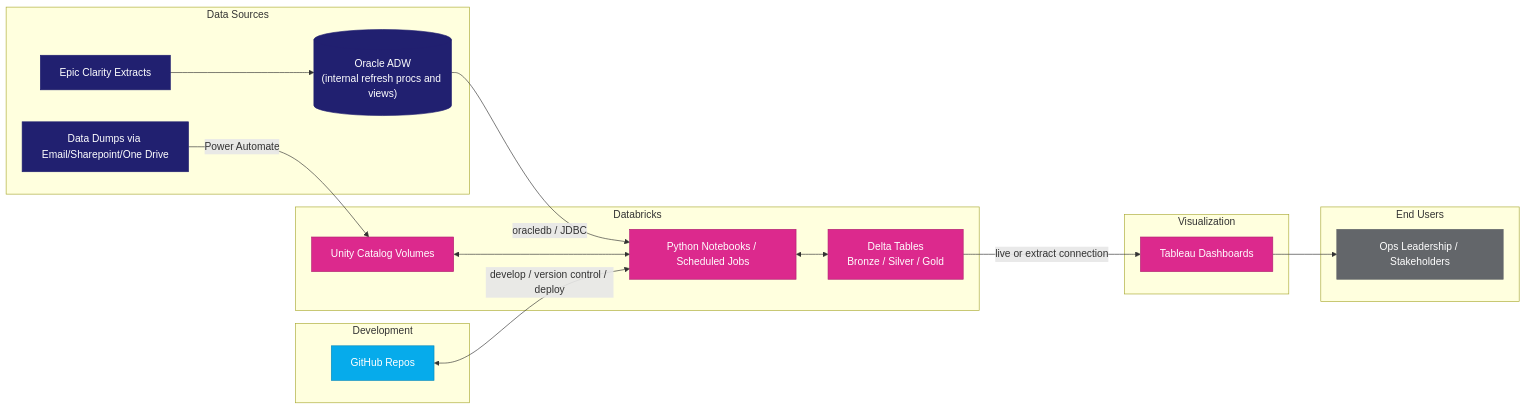
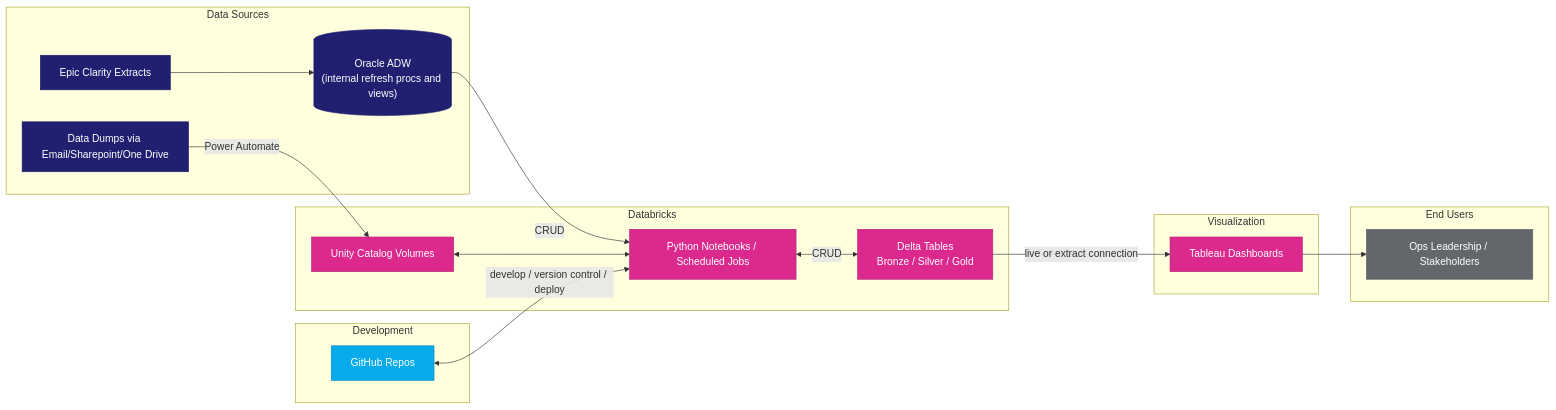
One commit to MSHS-OAO/Databricks-Tableau-User-Guide changed the second of 2 diagrams in Databricks/README.md. Above: the diagram before and after it, drawn with Mermaid.

````diff
--- a/Databricks/README.md
+++ b/Databricks/README.md
@@ -51,41 +51,41 @@
 ```mermaid
 flowchart LR
     subgraph Sources["Data Sources"]
         EPIC[Epic Clarity Extracts]
         ORA[("Oracle ADW<br>(internal refresh procs and views)")]
         EMAIL[Data Dumps via Email/Sharepoint/One Drive]
     end
     subgraph DBX["Databricks"]
         VOL[Unity Catalog Volumes]
         DLT[Delta Tables<br>Bronze / Silver / Gold]
         JOBS[Python Notebooks / Scheduled Jobs]
     end
     subgraph DevOps["Development"]
         GH[GitHub Repos]
     end
     subgraph Viz["Visualization"]
         TAB[Tableau Dashboards]
     end
     subgraph Users["End Users"]
         USR[Ops Leadership / Stakeholders]
     end
 
     EPIC --> ORA
     EMAIL -->|Power Automate| VOL
-    ORA -->|oracledb / JDBC| JOBS
+    ORA -->|CRUD| JOBS
     VOL <--> JOBS
-    JOBS <--> DLT
+    JOBS <-->|CRUD| DLT
     GH <-->|develop / version control / deploy| JOBS
     DLT -->|live or extract connection| TAB
     TAB --> USR
 
     classDef navy fill:#212070,stroke:#212070,color:#ffffff
     classDef cyan fill:#06ABEB,stroke:#0689BC,color:#ffffff
     classDef magenta fill:#DC298D,stroke:#B02171,color:#ffffff
     classDef gray fill:#63666A,stroke:#63666A,color:#ffffff
     class EPIC,ORA,EMAIL,PA navy
     class GH cyan
     class VOL,DLT,JOBS magenta
     class TAB magenta
     class USR gray
 ```
````
